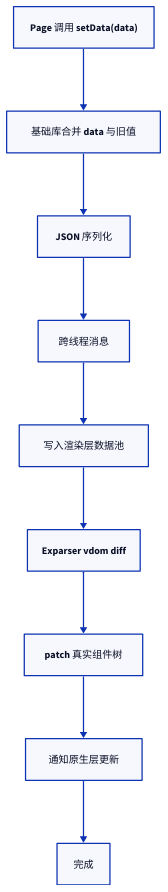
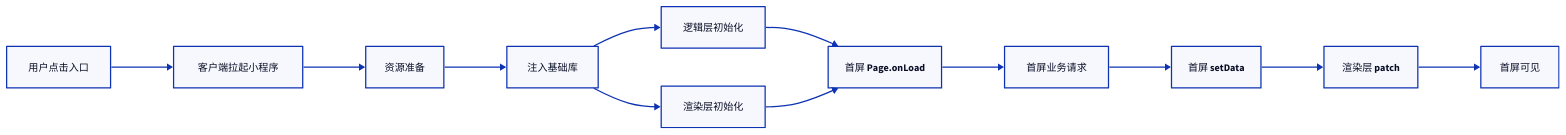
The fifth of 8 diagrams in apps/docs/experiences/微信小程序/原理与实践.md (youngluo/thinking), drawn with D2 before and after one commit. The commit also changed other lines of this file and 3 other files, not shown here.

````diff
--- a/apps/docs/experiences/微信小程序/原理与实践.md
+++ b/apps/docs/experiences/微信小程序/原理与实践.md
@@ -305,17 +304,22 @@
 ```d2
-direction: down
+direction: right
 
-call: Page 调用 setData(data)
-merge: 基础库合并 data 与旧值
-serialize: JSON 序列化
-bridge: 跨线程消息
-write: 写入渲染层数据池
-diff: Exparser vdom diff
-patch: patch 真实组件树
-native: 通知原生层更新
-done: 完成 {
-  class: ok
-}
+start: 用户点击入口
+init: 客户端拉起小程序
+pkg: 资源准备
+inject: 注入基础库
+logic_init: 逻辑层初始化
+view_init: 渲染层初始化
+page_load: 首屏 Page.onLoad
+fetch: 首屏业务请求
+setdata: 首屏 setData
+patch: 渲染层 patch
+ready: 首屏可见
 
-call -> merge -> serialize -> bridge -> write -> diff -> patch -> native -> done
+start -> init -> pkg -> inject
+inject -> logic_init
+inject -> view_init
+logic_init -> page_load
+view_init -> page_load
+page_load -> fetch -> setdata -> patch -> ready
 ```
````
